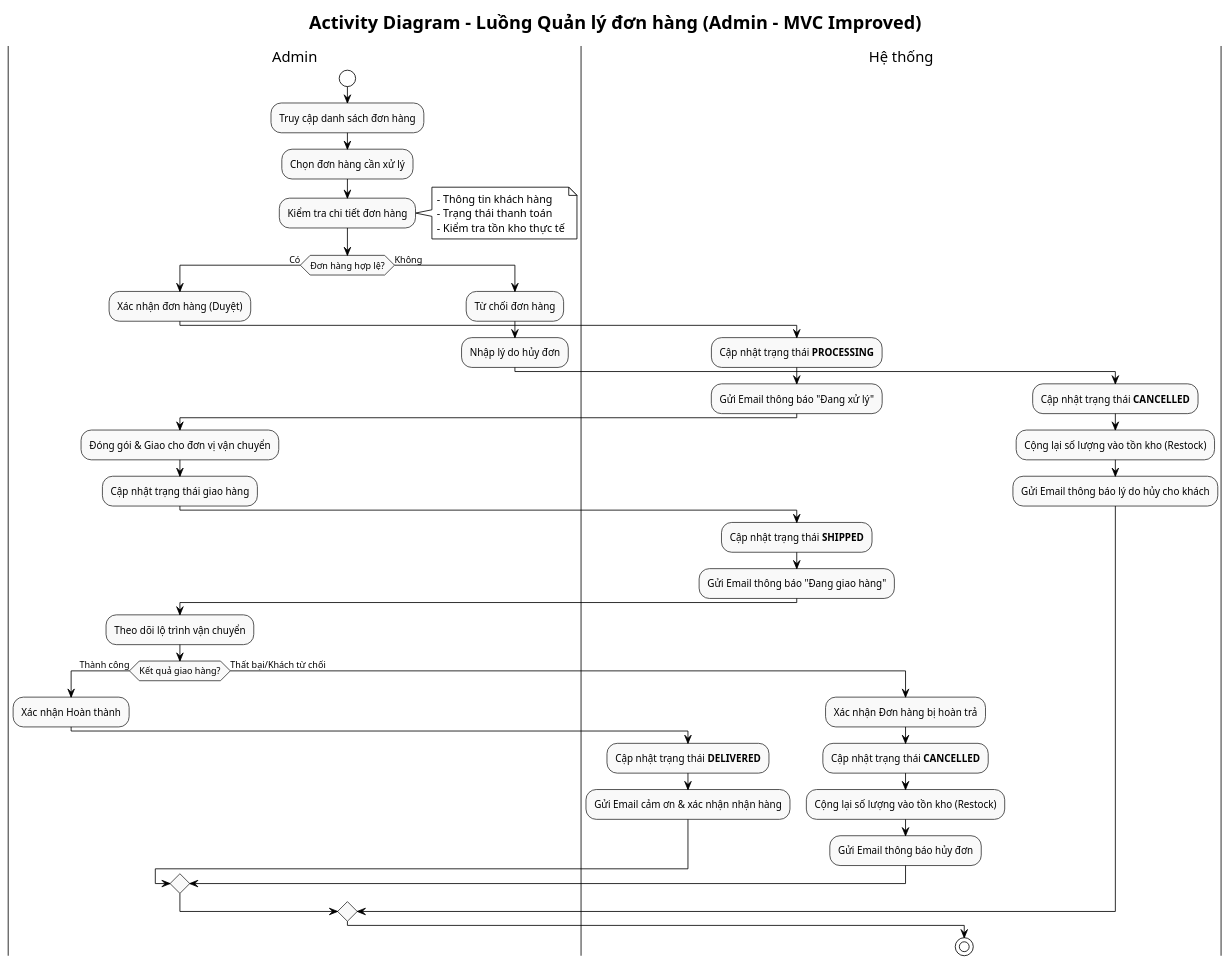
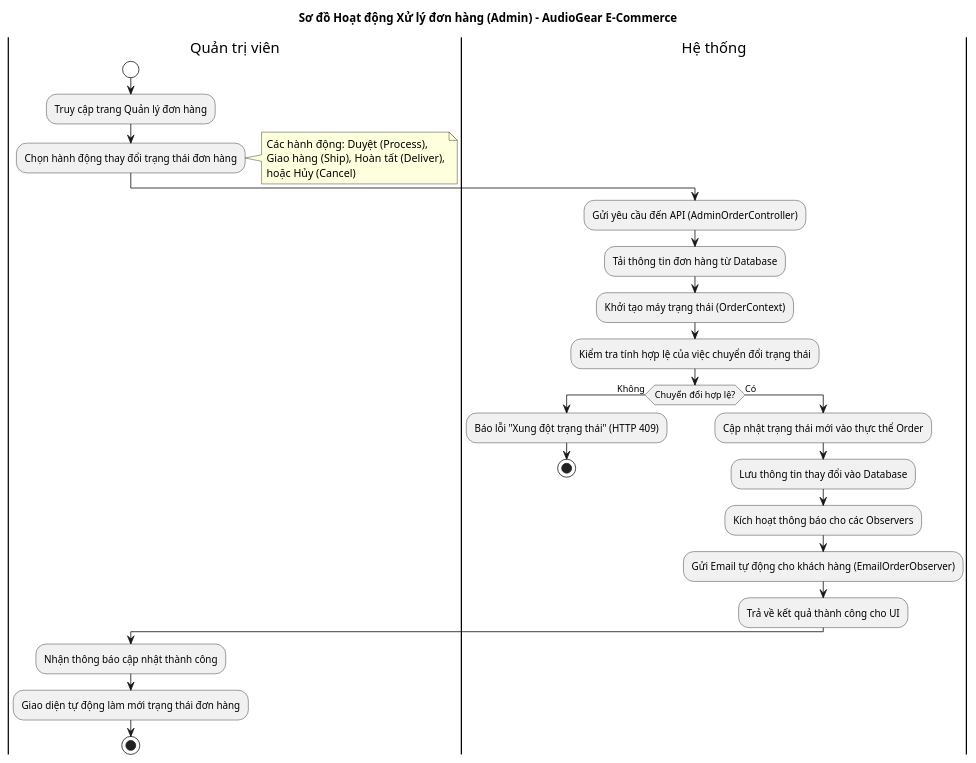
The diagram in src/Admin/activity/activity_admin_order_processing.puml (trihieuvo/justFUML), drawn with PlantUML before and after one commit. The commit also changed 7 other files, not shown here.

First line of the commit message:
Refactor and standardize activity UML diagrams

```diff
--- a/src/Admin/activity/activity_admin_order_processing.puml
+++ b/src/Admin/activity/activity_admin_order_processing.puml
@@ -1,61 +1,42 @@
 @startuml
-!theme plain
-skinparam linetype ortho
-skinparam ActivityBackgroundColor #f9f9f9
-skinparam ActivityBorderColor #333333
+title Sơ đồ Hoạt động Xử lý đơn hàng (Admin) - AudioGear E-Commerce
 
-title Activity Diagram - Luồng Quản lý đơn hàng (Admin - MVC Improved)
+skinparam ActivityStartColor white
+skinparam ActivityEndColor white
 
-|Admin|
+|Quản trị viên|
 start
-:Truy cập danh sách đơn hàng;
-:Chọn đơn hàng cần xử lý;
-:Kiểm tra chi tiết đơn hàng;
+:Truy cập trang Quản lý đơn hàng;
+:Chọn hành động thay đổi trạng thái đơn hàng;
 note right
-    - Thông tin khách hàng
-    - Trạng thái thanh toán
-    - Kiểm tra tồn kho thực tế
+    Các hành động: Duyệt (Process),
+    Giao hàng (Ship), Hoàn tất (Deliver),
+    hoặc Hủy (Cancel)
 end note
 
-if (Đơn hàng hợp lệ?) then (Có)
-    :Xác nhận đơn hàng (Duyệt);
-    |Hệ thống|
-    :Cập nhật trạng thái **PROCESSING**;
-    :Gửi Email thông báo "Đang xử lý";
+|Hệ thống|
+:Gửi yêu cầu đến API (AdminOrderController);
+:Tải thông tin đơn hàng từ Database;
 
-    |Admin|
-    :Đóng gói & Giao cho đơn vị vận chuyển;
-    :Cập nhật trạng thái giao hàng;
+:Khởi tạo máy trạng thái (OrderContext);
+:Kiểm tra tính hợp lệ của việc chuyển đổi trạng thái;
 
-    |Hệ thống|
-    :Cập nhật trạng thái **SHIPPED**;
-    :Gửi Email thông báo "Đang giao hàng";
+if (Chuyển đổi hợp lệ?) then (Không)
+    :Báo lỗi "Xung đột trạng thái" (HTTP 409);
+    stop
+else (Có)
+    :Cập nhật trạng thái mới vào thực thể Order;
+    :Lưu thông tin thay đổi vào Database;
 
-    |Admin|
-    :Theo dõi lộ trình vận chuyển;
+    :Kích hoạt thông báo cho các Observers;
+    :Gửi Email tự động cho khách hàng (EmailOrderObserver);
 
-    if (Kết quả giao hàng?) then (Thành công)
-        :Xác nhận Hoàn thành;
-        |Hệ thống|
-        :Cập nhật trạng thái **DELIVERED**;
-        :Gửi Email cảm ơn & xác nhận nhận hàng;
-    else (Thất bại/Khách từ chối)
-        :Xác nhận Đơn hàng bị hoàn trả;
-        |Hệ thống|
-        :Cập nhật trạng thái **CANCELLED**;
-        :Cộng lại số lượng vào tồn kho (Restock);
-        :Gửi Email thông báo hủy đơn;
-    endif
+    :Trả về kết quả thành công cho UI;
+endif
 
-else (Không)
-    |Admin|
-    :Từ chối đơn hàng;
-    :Nhập lý do hủy đơn;
-    |Hệ thống|
-    :Cập nhật trạng thái **CANCELLED**;
-    :Cộng lại số lượng vào tồn kho (Restock);
-    :Gửi Email thông báo lý do hủy cho khách;
-endif
+|Quản trị viên|
+:Nhận thông báo cập nhật thành công;
+:Giao diện tự động làm mới trạng thái đơn hàng;
 
 stop
 @enduml
```
